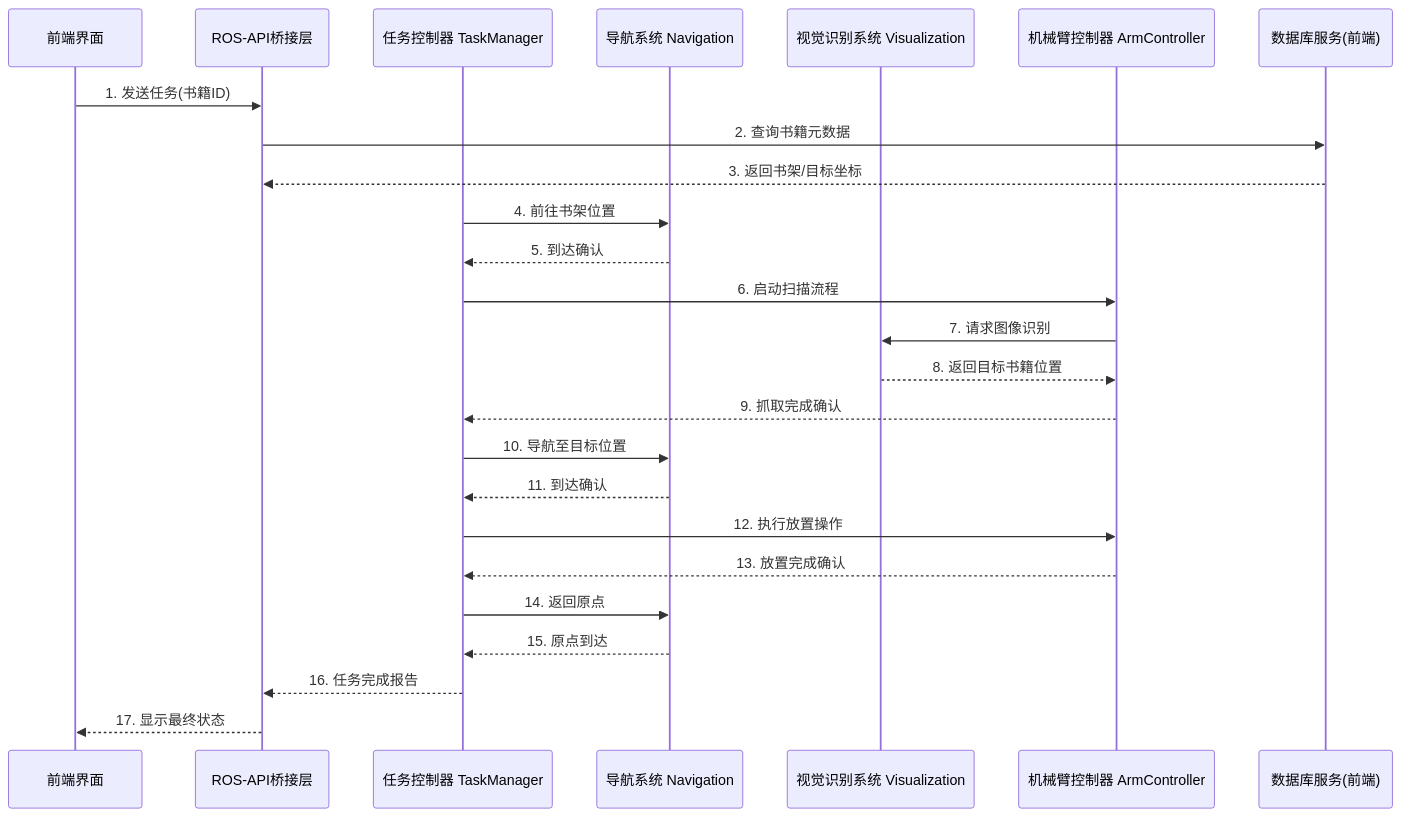
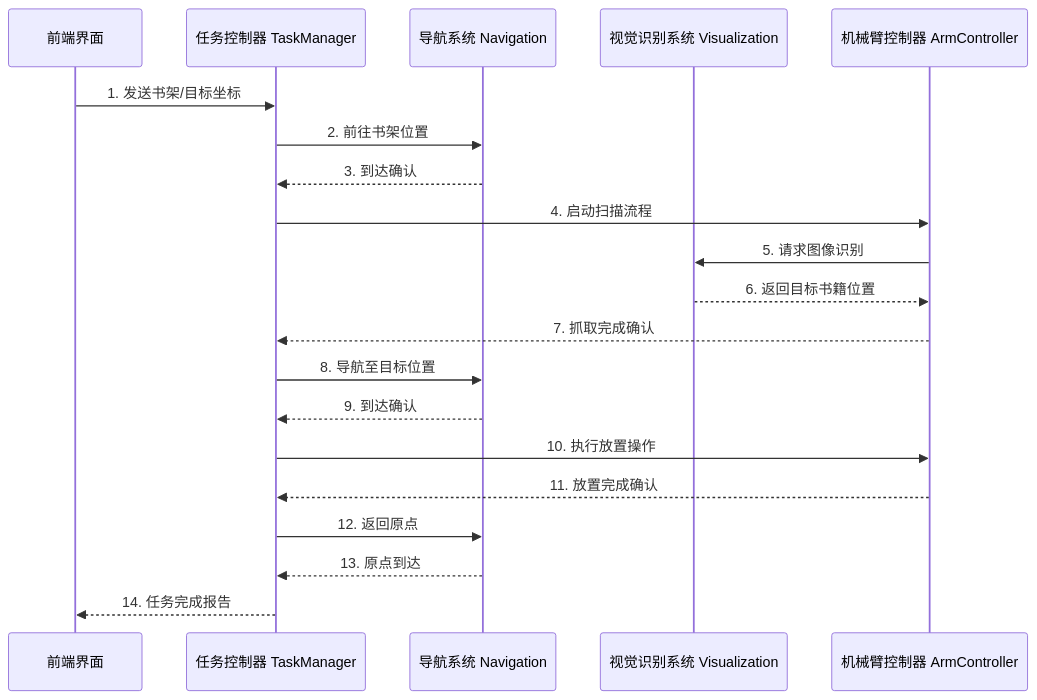
One commit to EinNiemand28/BUAA_SE_Embedded_2025_team1 changed the sixth of 9 diagrams in docs/设计草稿 - 简化版.md. Above: the diagram before and after it, drawn with Mermaid. The commit also changed other lines of this file and 15 other files, not shown here.

````diff
--- a/docs/设计草稿 - 简化版.md
+++ b/docs/设计草稿 - 简化版.md
@@ -213,28 +213,23 @@
 ```mermaid
 sequenceDiagram
     participant 前端 as 前端界面
-    participant ROS_API as ROS-API桥接层
     participant 任务控制 as 任务控制器 TaskManager
     participant 导航 as 导航系统 Navigation
     participant 视觉 as 视觉识别系统 Visualization
     participant 机械臂 as 机械臂控制器 ArmController
-    participant 数据库 as 数据库服务(前端)
 
-    前端->>ROS_API: 1. 发送任务(书籍ID)
-    ROS_API->>数据库: 2. 查询书籍元数据
-    数据库-->>ROS_API: 3. 返回书架/目标坐标
-    任务控制->>导航: 4. 前往书架位置
-    导航-->>任务控制: 5. 到达确认
-    任务控制->>机械臂: 6. 启动扫描流程
-    机械臂->>视觉: 7. 请求图像识别
-    视觉-->>机械臂: 8. 返回目标书籍位置
-    机械臂-->>任务控制: 9. 抓取完成确认
-    任务控制->>导航: 10. 导航至目标位置
-    导航-->>任务控制: 11. 到达确认
-    任务控制->>机械臂: 12. 执行放置操作
-    机械臂-->>任务控制: 13. 放置完成确认
-    任务控制->>导航: 14. 返回原点
-    导航-->>任务控制: 15. 原点到达
-    任务控制-->>ROS_API: 16. 任务完成报告
-    ROS_API-->>前端: 17. 显示最终状态
+    前端->>任务控制: 1. 发送书架/目标坐标
+    任务控制->>导航: 2. 前往书架位置
+    导航-->>任务控制: 3. 到达确认
+    任务控制->>机械臂: 4. 启动扫描流程
+    机械臂->>视觉: 5. 请求图像识别
+    视觉-->>机械臂: 6. 返回目标书籍位置
+    机械臂-->>任务控制: 7. 抓取完成确认
+    任务控制->>导航: 8. 导航至目标位置
+    导航-->>任务控制: 9. 到达确认
+    任务控制->>机械臂: 10. 执行放置操作
+    机械臂-->>任务控制: 11. 放置完成确认
+    任务控制->>导航: 12. 返回原点
+    导航-->>任务控制: 13. 原点到达
+    任务控制-->>前端: 14. 任务完成报告
 ```
````
